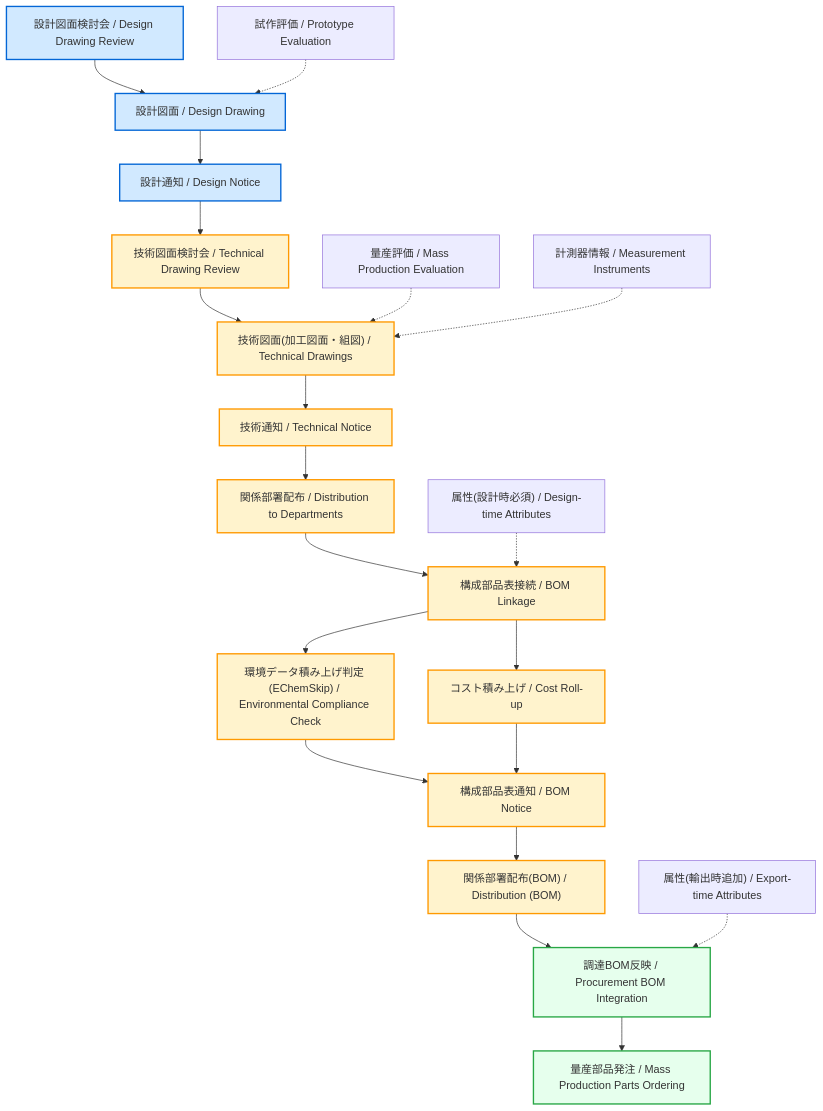
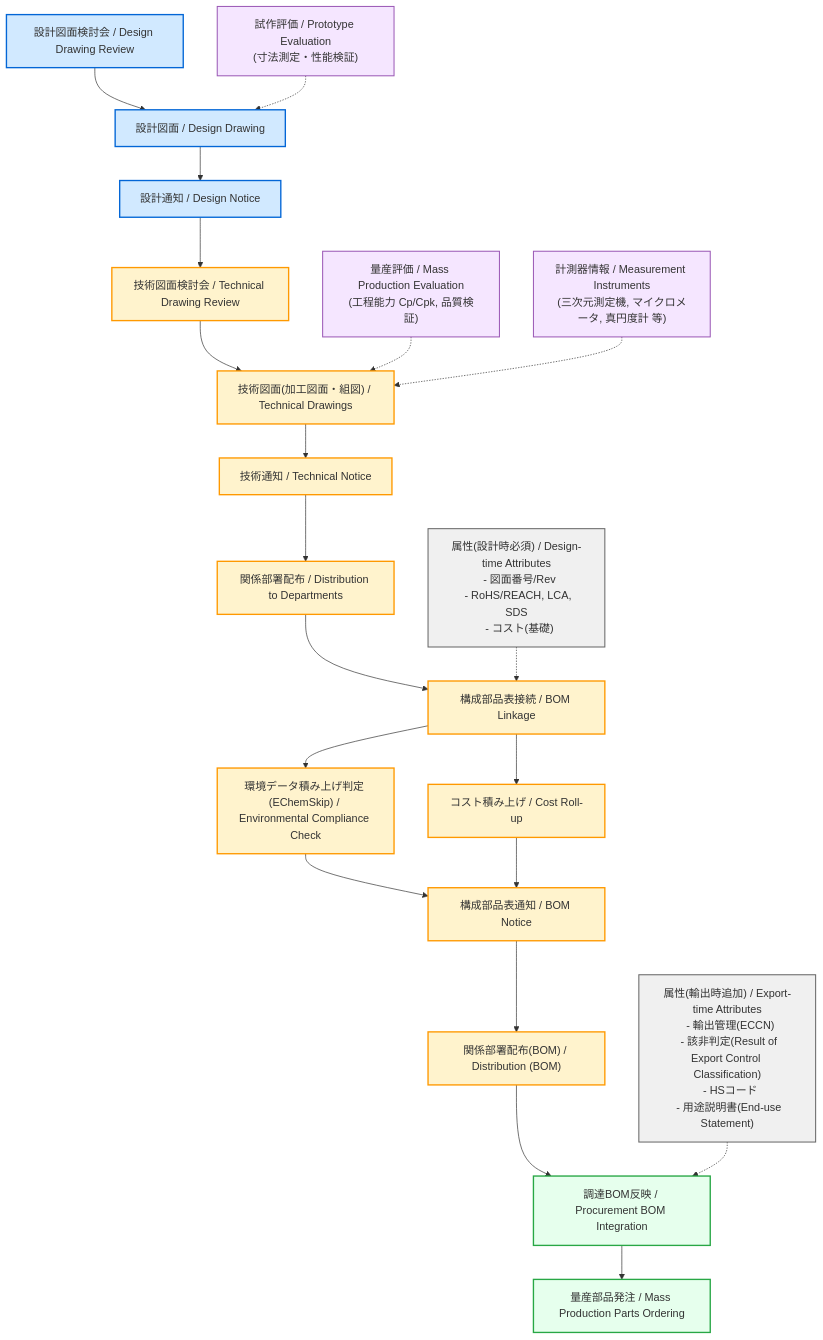
Before and after one commit to Samizo-AITL/EduMecha: the diagram in 08_production_process/production_process_flow.md, drawn with Mermaid.

````diff
--- a/08_production_process/production_process_flow.md
+++ b/08_production_process/production_process_flow.md
@@ -28,51 +28,71 @@
 ```mermaid
 flowchart TD
   %% 設計フロー
   A["設計図面検討会 / Design Drawing Review"] --> B["設計図面 / Design Drawing"]
   B --> C["設計通知 / Design Notice"]
 
   %% 技術フロー
   C --> D["技術図面検討会 / Technical Drawing Review"]
   D --> E["技術図面(加工図面・組図) / Technical Drawings"]
   E --> F["技術通知 / Technical Notice"]
   F --> G["関係部署配布 / Distribution to Departments"]
   G --> H["構成部品表接続 / BOM Linkage"]
 
   %% 評価・積み上げ
   H --> H1["環境データ積み上げ判定 (EChemSkip) / Environmental Compliance Check"]
   H --> H2["コスト積み上げ / Cost Roll-up"]
   H1 --> I["構成部品表通知 / BOM Notice"]
   H2 --> I
   I --> J["関係部署配布(BOM) / Distribution (BOM)"]
 
   %% 調達フロー
   J --> K["調達BOM反映 / Procurement BOM Integration"]
   K --> L["量産部品発注 / Mass Production Parts Ordering"]
 
   %% 属性群
-  S1["属性(設計時必須) / Design-time Attributes"] -.-> H
-  S2["属性(輸出時追加) / Export-time Attributes"] -.-> K
+  S1["属性(設計時必須) / Design-time Attributes
+  - 図面番号/Rev
+  - RoHS/REACH, LCA, SDS
+  - コスト(基礎)"] -.-> H
+
+  S2["属性(輸出時追加) / Export-time Attributes
+  - 輸出管理(ECCN)
+  - 該非判定(Result of Export Control Classification)
+  - HSコード
+  - 用途説明書(End-use Statement)"] -.-> K
 
   %% 横から加わる評価・計測情報
-  P1["試作評価 / Prototype Evaluation"] -.-> B
-  P2["量産評価 / Mass Production Evaluation"] -.-> E
-  P3["計測器情報 / Measurement Instruments"] -.-> E
+  P1["試作評価 / Prototype Evaluation\n(寸法測定・性能検証)"] -.-> B
+  P2["量産評価 / Mass Production Evaluation\n(工程能力 Cp/Cpk, 品質検証)"] -.-> E
+  P3["計測器情報 / Measurement Instruments\n(三次元測定機, マイクロメータ, 真円度計 等)"] -.-> E
 
   %% 色分けスタイル
+  %% 設計（青系）
   style A fill:#d1e9ff,stroke:#0366d6,stroke-width:2px
   style B fill:#d1e9ff,stroke:#0366d6,stroke-width:2px
   style C fill:#d1e9ff,stroke:#0366d6,stroke-width:2px
 
+  %% 技術（オレンジ系）
   style D fill:#fff3cd,stroke:#ff9900,stroke-width:2px
   style E fill:#fff3cd,stroke:#ff9900,stroke-width:2px
   style F fill:#fff3cd,stroke:#ff9900,stroke-width:2px
   style G fill:#fff3cd,stroke:#ff9900,stroke-width:2px
   style H fill:#fff3cd,stroke:#ff9900,stroke-width:2px
   style H1 fill:#fff3cd,stroke:#ff9900,stroke-width:2px
   style H2 fill:#fff3cd,stroke:#ff9900,stroke-width:2px
   style I fill:#fff3cd,stroke:#ff9900,stroke-width:2px
   style J fill:#fff3cd,stroke:#ff9900,stroke-width:2px
 
+  %% 調達（緑系）
   style K fill:#e6ffed,stroke:#28a745,stroke-width:2px
   style L fill:#e6ffed,stroke:#28a745,stroke-width:2px
+
+  %% 属性群（灰色系）
+  style S1 fill:#f0f0f0,stroke:#666,stroke-width:1.5px
+  style S2 fill:#f0f0f0,stroke:#666,stroke-width:1.5px
+
+  %% 評価・計測情報（薄紫系）
+  style P1 fill:#f5e6ff,stroke:#9b59b6,stroke-width:1.5px
+  style P2 fill:#f5e6ff,stroke:#9b59b6,stroke-width:1.5px
+  style P3 fill:#f5e6ff,stroke:#9b59b6,stroke-width:1.5px
 ```
````
